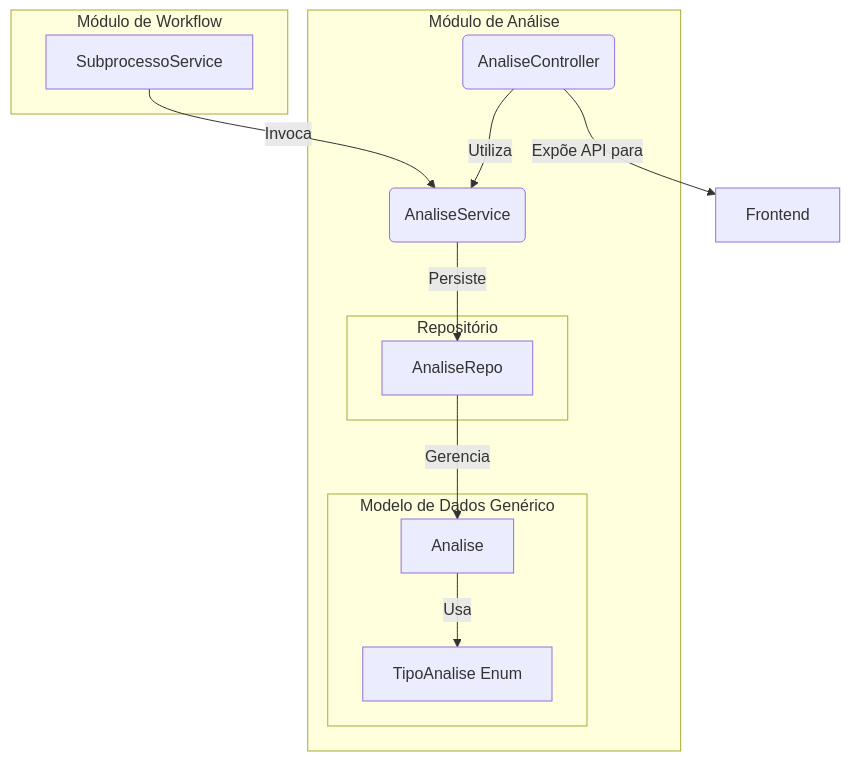
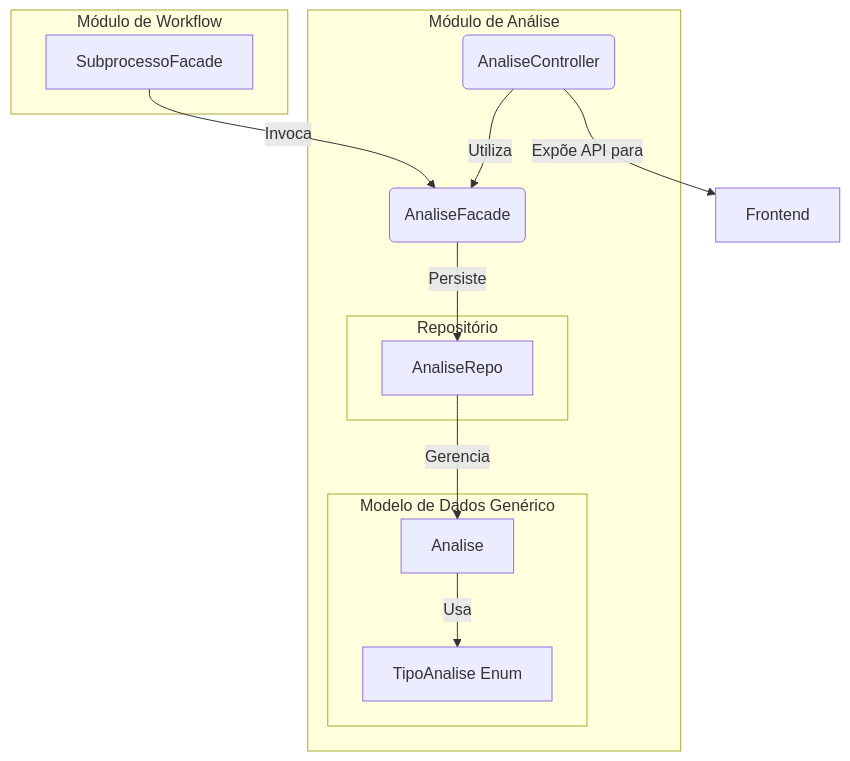
The diagram in backend/src/main/java/sgc/analise/README.md (lgalvao/sgc), drawn with Mermaid before and after one commit. The commit also changed other lines of this file and 16 other files, not shown here.

First line of the commit message:
Renomeia AnaliseService para AnaliseFacade

````diff
--- a/backend/src/main/java/sgc/analise/README.md
+++ b/backend/src/main/java/sgc/analise/README.md
@@ -20,27 +20,27 @@
 ```mermaid
 graph TD
     subgraph "Módulo de Workflow"
-        SP[SubprocessoService]
+        SP[SubprocessoFacade]
     end
 
     subgraph "Módulo de Análise"
-        Service(AnaliseService)
+        Service(AnaliseFacade)
         Controle(AnaliseController)
         subgraph "Modelo de Dados Genérico"
             Analise[Analise]
             TipoAnalise[TipoAnalise Enum]
         end
         subgraph "Repositório"
             AnaliseRepo
         end
     end
 
     SP -- Invoca --> Service
 
     Controle -- Expõe API para --> Frontend
     Controle -- Utiliza --> Service
 
     Service -- Persiste --> AnaliseRepo
     AnaliseRepo -- Gerencia --> Analise
     Analise -- Usa --> TipoAnalise
 ```
````
